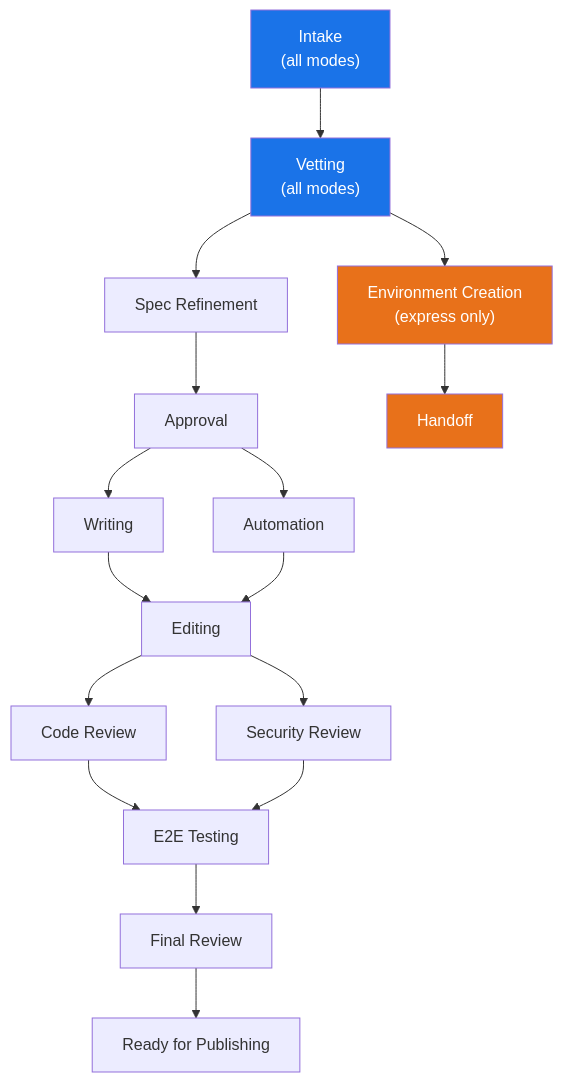
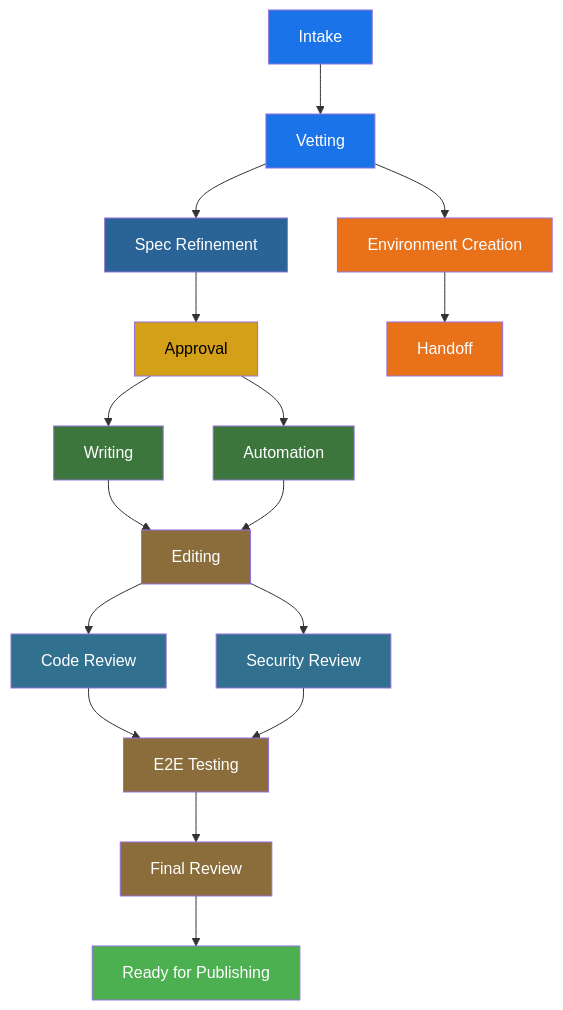
Before and after one commit to treddy08/rhdp-publishing-house: the diagram in docs/user/deployment-modes.md, drawn with Mermaid. The commit also changed other lines of this file, not shown here.

First line of the commit message:
[RHDPCD-47] Rewrite deployment-modes for conciseness

````diff
--- a/docs/user/deployment-modes.md
+++ b/docs/user/deployment-modes.md
@@ -66,24 +13,34 @@
 ```mermaid
 graph TD
-    I["Intake<br/>(all modes)"] --> V["Vetting<br/>(all modes)"]
+    I["Intake"] --> V["Vetting"]
 
     V --> SR["Spec Refinement"] --> AP["Approval"]
     AP --> W["Writing"]
     AP --> AU["Automation"]
     W --> ED["Editing"]
     AU --> ED
     ED --> CR["Code Review"]
     ED --> SEC["Security Review"]
     CR --> E2E["E2E Testing"]
     SEC --> E2E
     E2E --> FR["Final Review"]
     FR --> PUB["Ready for Publishing"]
 
-    V --> EXP["Environment Creation<br/>(express only)"]
+    V --> EXP["Environment Creation"]
     EXP --> HAND["Handoff"]
 
     style I fill:#1a73e8,color:#fff
     style V fill:#1a73e8,color:#fff
+    style SR fill:#2a6496,color:#fff
+    style AP fill:#d4a017,color:#000
+    style W fill:#3c763d,color:#fff
+    style AU fill:#3c763d,color:#fff
+    style ED fill:#8a6d3b,color:#fff
+    style CR fill:#31708f,color:#fff
+    style SEC fill:#31708f,color:#fff
+    style E2E fill:#8a6d3b,color:#fff
+    style FR fill:#8a6d3b,color:#fff
+    style PUB fill:#4caf50,color:#fff
     style EXP fill:#e8711a,color:#fff
     style HAND fill:#e8711a,color:#fff
 ```
````
